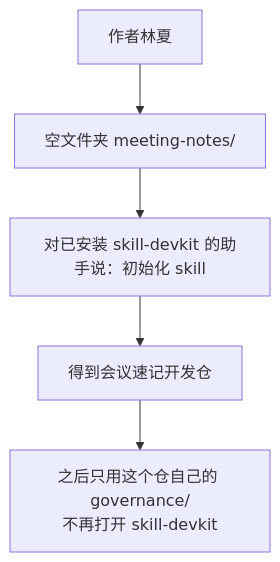
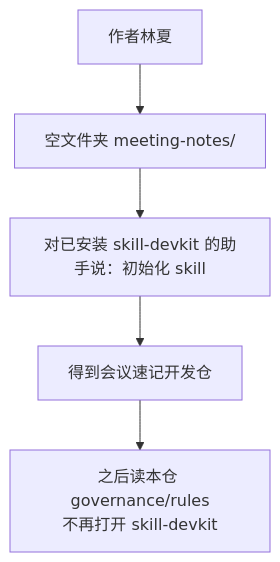
The first of 2 diagrams in examples/README.md (qiusuo0226/skill-devkit-skill), drawn with Mermaid before and after one commit. The commit also changed other lines of this file and 28 other files, not shown here.

````diff
--- a/examples/README.md
+++ b/examples/README.md
@@ -7,7 +7,7 @@
 ```mermaid
 flowchart TB
     A["作者林夏"] --> B["空文件夹 meeting-notes/"]
     B --> C["对已安装 skill-devkit 的助手说：初始化 skill"]
     C --> D["得到会议速记开发仓"]
-    D --> E["之后只用这个仓自己的 governance/\n不再打开 skill-devkit"]
+    D --> E["之后读本仓 governance/rules\n不再打开 skill-devkit"]
 ```
````
